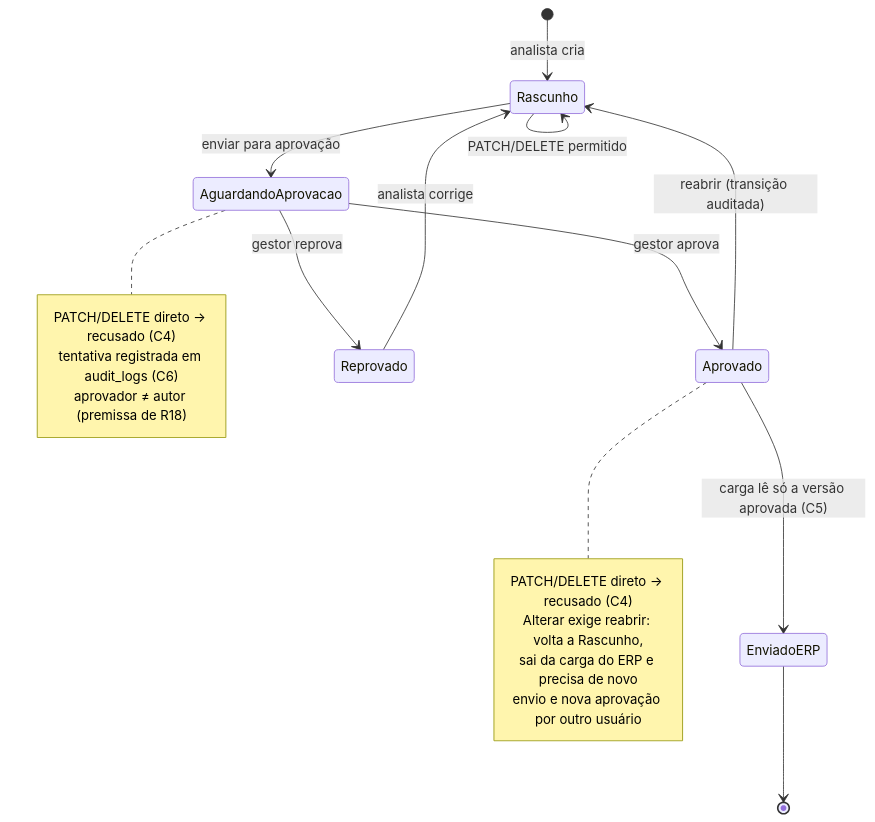
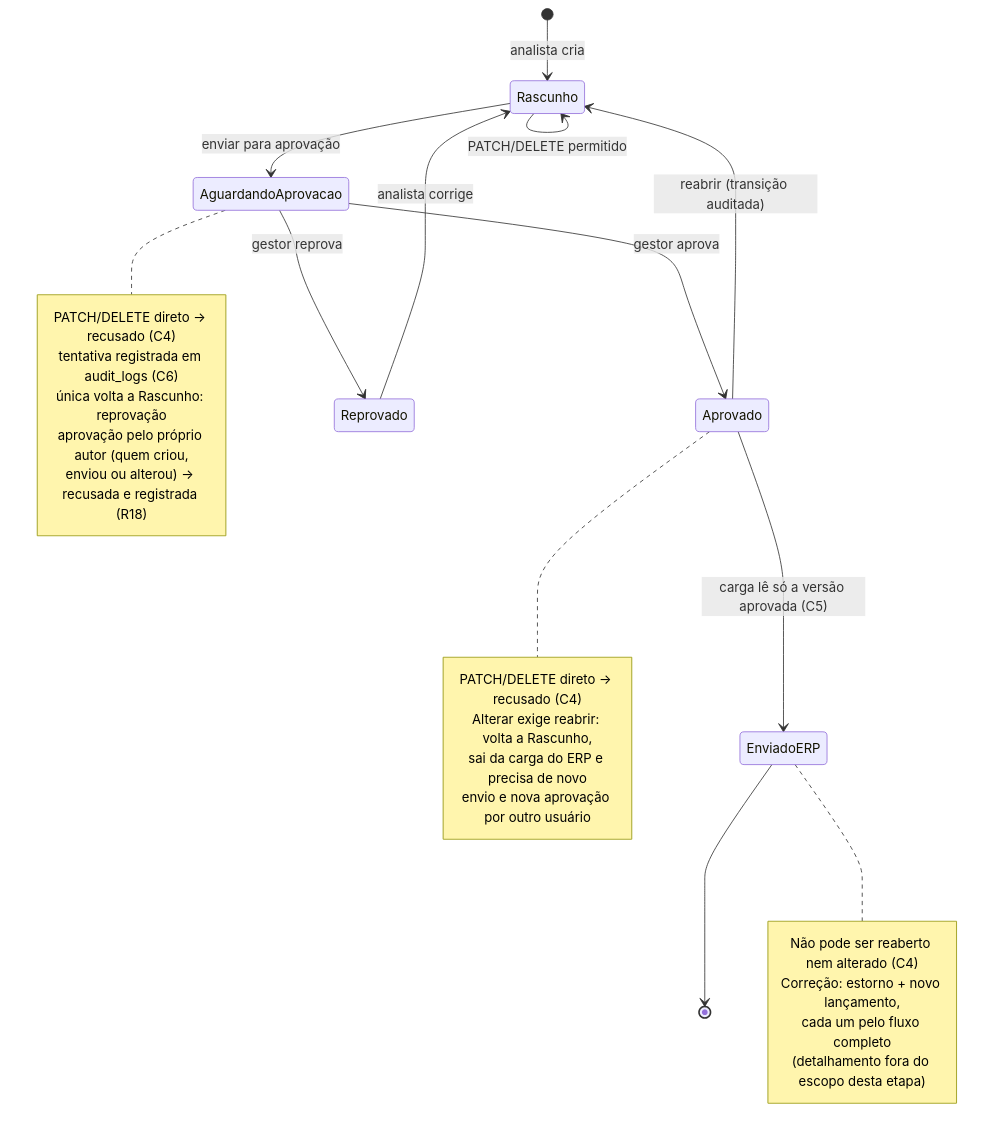
One commit to MarlonBrendonx/secure-software-engineering-project changed the fourth of 9 diagrams in docs/etapa-3/etapa-3-diagrama.md. Above: the diagram before and after it, drawn with Mermaid. The commit also changed other lines of this file and 4 other files, not shown here.

First line of the commit message:
Etapa 3: corrige inconsistências entre requisitos, decisões e diagrama

````diff
--- a/docs/etapa-3/etapa-3-diagrama.md
+++ b/docs/etapa-3/etapa-3-diagrama.md
@@ -205,24 +214,32 @@
 ```mermaid
 stateDiagram-v2
     [*] --> Rascunho: analista cria
     Rascunho --> Rascunho: PATCH/DELETE permitido
     Rascunho --> AguardandoAprovacao: enviar para aprovação
     AguardandoAprovacao --> Aprovado: gestor aprova
     AguardandoAprovacao --> Reprovado: gestor reprova
     Reprovado --> Rascunho: analista corrige
     Aprovado --> Rascunho: reabrir (transição auditada)
     Aprovado --> EnviadoERP: carga lê só a versão aprovada (C5)
     EnviadoERP --> [*]
 
     note right of AguardandoAprovacao
         PATCH/DELETE direto → recusado (C4)
         tentativa registrada em audit_logs (C6)
-        aprovador ≠ autor (premissa de R18)
+        única volta a Rascunho: reprovação
+        aprovação pelo próprio autor (quem criou,
+        enviou ou alterou) → recusada e registrada (R18)
     end note
     note right of Aprovado
         PATCH/DELETE direto → recusado (C4)
         Alterar exige reabrir: volta a Rascunho,
         sai da carga do ERP e precisa de novo
         envio e nova aprovação por outro usuário
     end note
+    note right of EnviadoERP
+        Não pode ser reaberto nem alterado (C4)
+        Correção: estorno + novo lançamento,
+        cada um pelo fluxo completo
+        (detalhamento fora do escopo desta etapa)
+    end note
 ```
````
